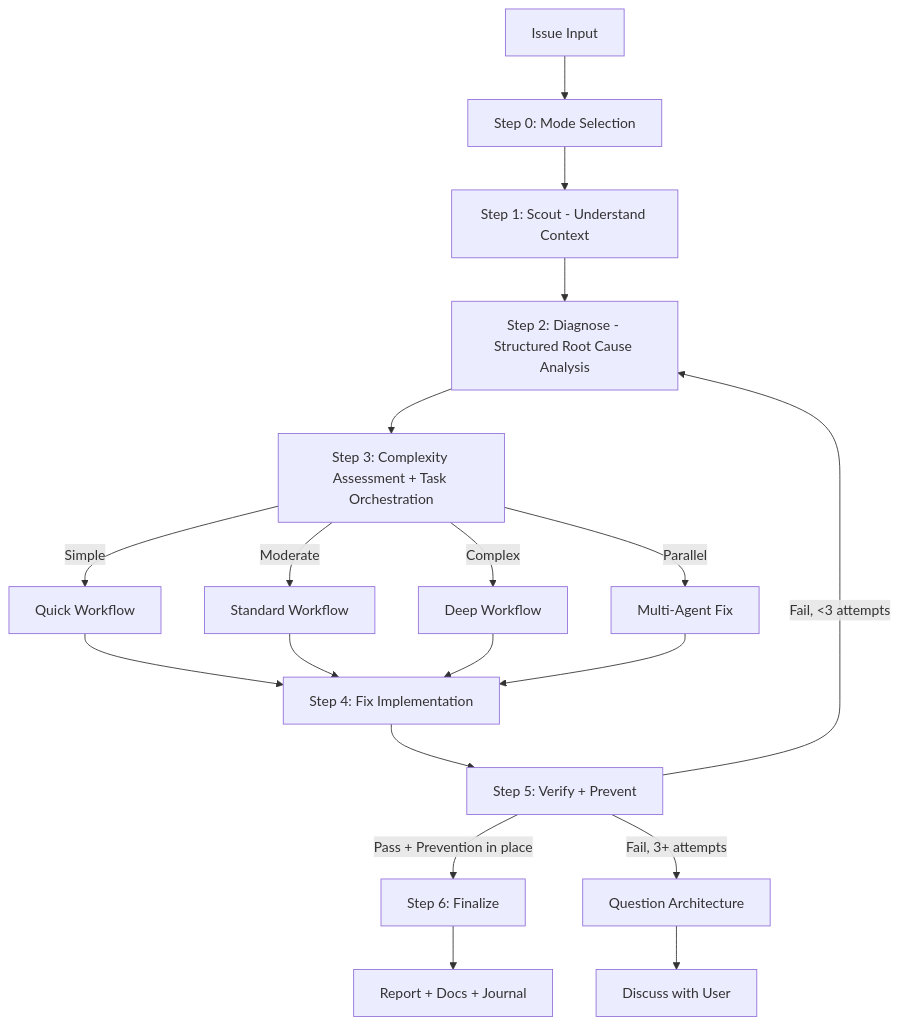
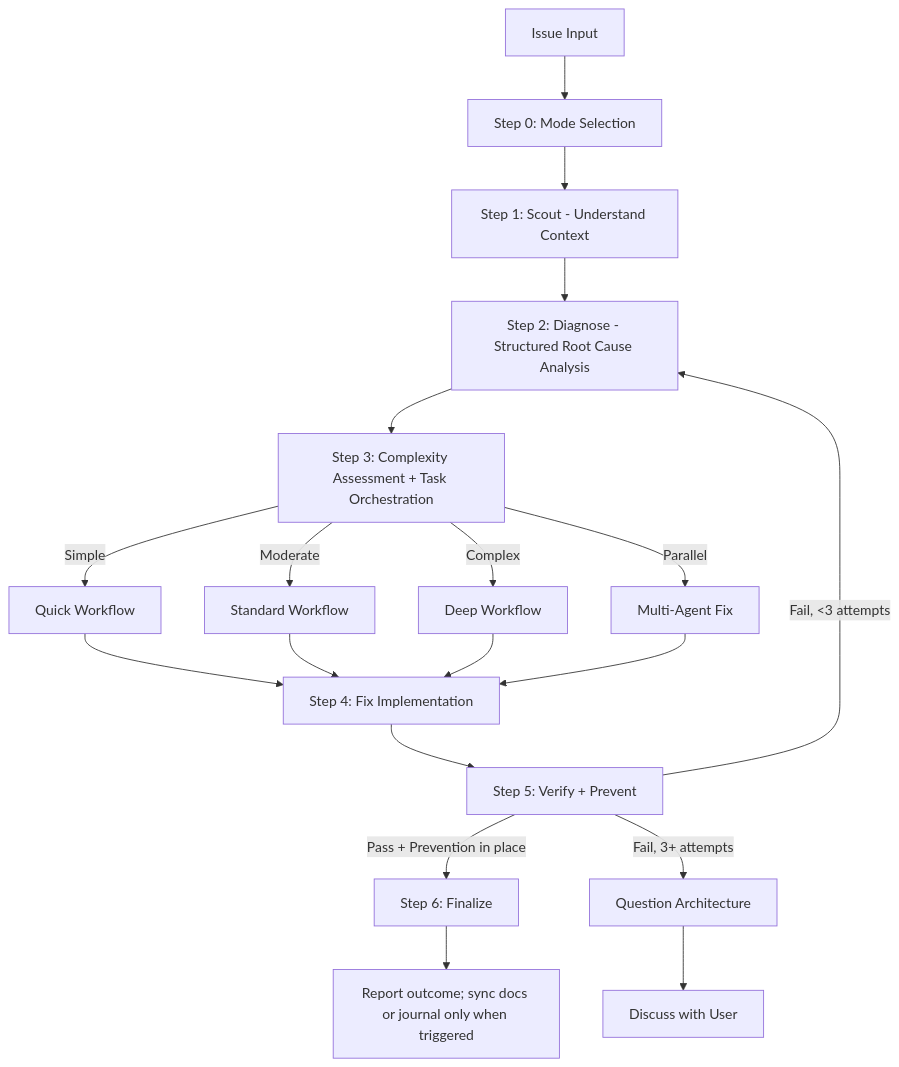
One commit to duy-tung/claude-code-setup changed the diagram in claude/skills/fix/SKILL.md. Above: the diagram before and after it, drawn with Mermaid. The commit also changed other lines of this file and 125 other files, not shown here.

````diff
--- a/claude/skills/fix/SKILL.md
+++ b/claude/skills/fix/SKILL.md
@@ -81,21 +92,21 @@
 ```mermaid
 flowchart TD
     A[Issue Input] --> B[Step 0: Mode Selection]
     B --> C[Step 1: Scout - Understand Context]
     C --> D[Step 2: Diagnose - Structured Root Cause Analysis]
     D --> E[Step 3: Complexity Assessment + Task Orchestration]
     E -->|Simple| F[Quick Workflow]
     E -->|Moderate| G[Standard Workflow]
     E -->|Complex| H[Deep Workflow]
     E -->|Parallel| I[Multi-Agent Fix]
     F --> J[Step 4: Fix Implementation]
     G --> J
     H --> J
     I --> J
     J --> K[Step 5: Verify + Prevent]
     K -->|Pass + Prevention in place| L[Step 6: Finalize]
     K -->|Fail, <3 attempts| D
     K -->|Fail, 3+ attempts| M[Question Architecture]
     M --> N[Discuss with User]
-    L --> O[Report + Docs + Journal]
+    L --> O[Report outcome; sync docs or journal only when triggered]
 ```
````
